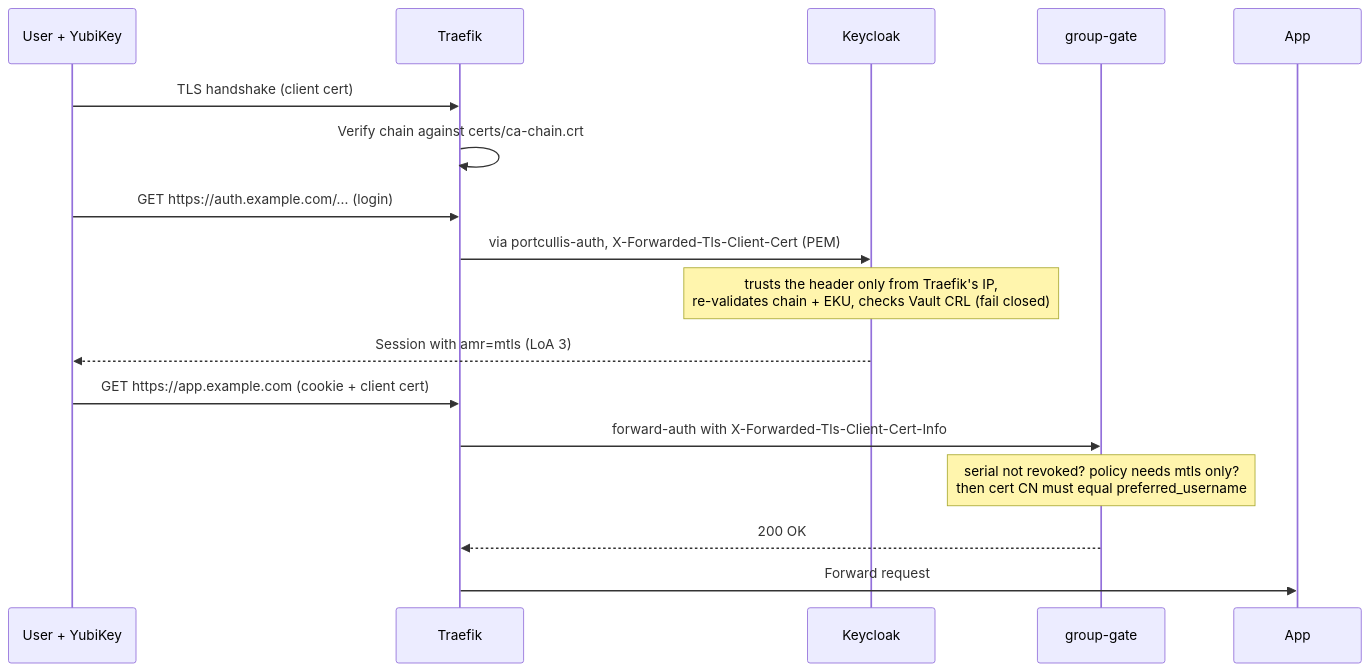
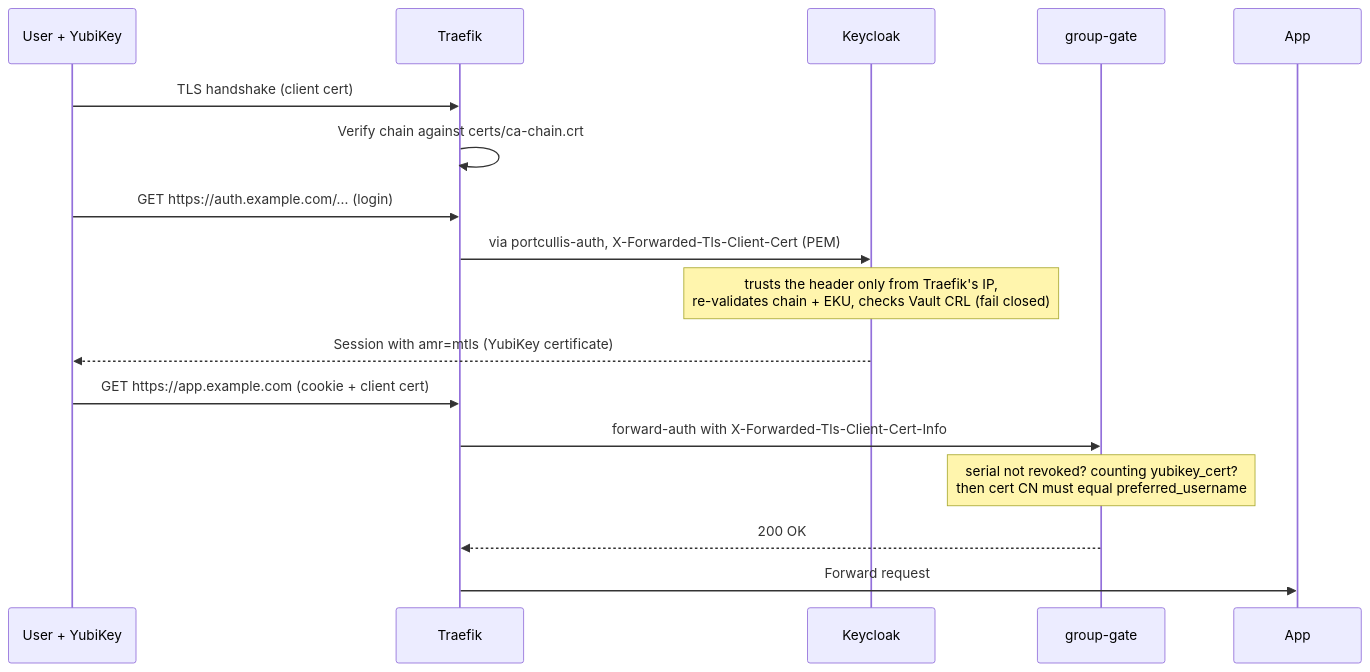
The fifth of 12 diagrams in docs/architecture.md (porelli/portcullis-docs), drawn with Mermaid before and after one commit. The commit also changed other lines of this file and 10 other files, not shown here.

````diff
--- a/docs/architecture.md
+++ b/docs/architecture.md
@@ -207,20 +207,20 @@
 ```mermaid
 sequenceDiagram
     participant U as User + YubiKey
     participant T as Traefik
     participant K as Keycloak
     participant G as group-gate
     participant A as App
 
     U->>T: TLS handshake (client cert)
     T->>T: Verify chain against certs/ca-chain.crt
     U->>T: GET https://auth.example.com/... (login)
     T->>K: via portcullis-auth, X-Forwarded-Tls-Client-Cert (PEM)
     Note over K: trusts the header only from Traefik's IP,<br/>re-validates chain + EKU, checks Vault CRL (fail closed)
-    K-->>U: Session with amr=mtls (LoA 3)
+    K-->>U: Session with amr=mtls (YubiKey certificate)
     U->>T: GET https://app.example.com (cookie + client cert)
     T->>G: forward-auth with X-Forwarded-Tls-Client-Cert-Info
-    Note over G: serial not revoked? policy needs mtls only?<br/>then cert CN must equal preferred_username
+    Note over G: serial not revoked? counting yubikey_cert?<br/>then cert CN must equal preferred_username
     G-->>T: 200 OK
     T->>A: Forward request
 ```
````
